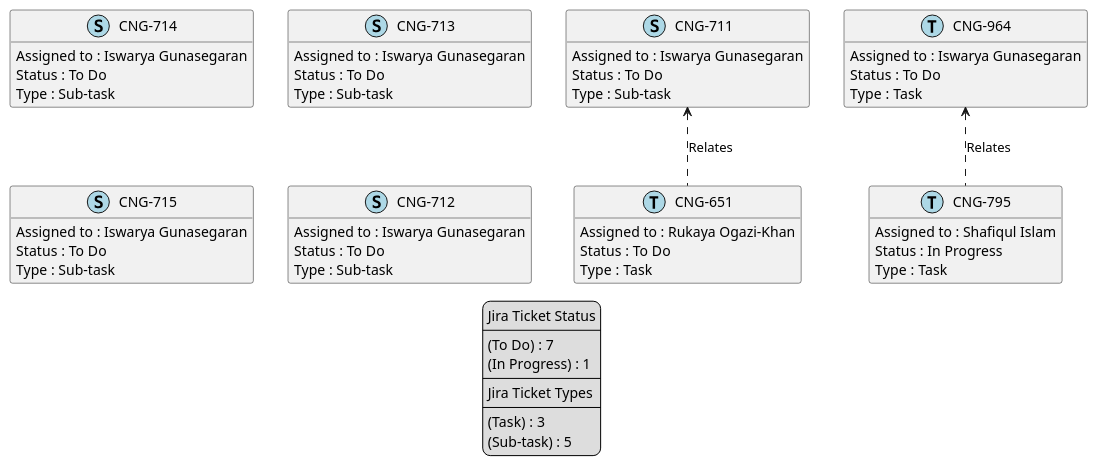
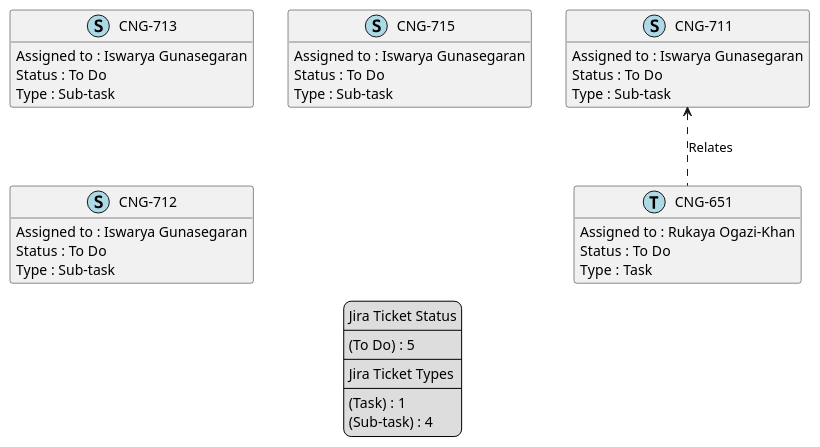
The diagram in temp/jira-Person-Iswarya_Gunasegaran.puml (brunasti/jiraplotter), drawn with PlantUML before and after one commit. The commit also changed 71 other files, not shown here.

Commit message:
Creates status diagrams

```diff
--- a/temp/jira-Person-Iswarya_Gunasegaran.puml
+++ b/temp/jira-Person-Iswarya_Gunasegaran.puml
@@ -1,78 +1,58 @@
 @startuml
 'https://plantuml.com/class-diagram
 
 ' GENERATE CLASS DIAGRAM ===========
-' Generated at    : Wed Apr 17 17:35:20 CEST 2024
+' Generated at    : Thu Apr 18 10:28:35 CEST 2024
 
 hide empty members
 
 legend
 Jira Ticket Status
 ----
-(To Do) : 7
-(In Progress) : 1
+(To Do) : 5
 ----
 Jira Ticket Types
 ----
-(Task) : 3
-(Sub-task) : 5
+(Task) : 1
+(Sub-task) : 4
 end legend
 
 
 ' Tickets =======
-class "CNG-714" << (S,lightblue) >> {
-  Assigned to : Iswarya Gunasegaran
-  Status : To Do
-  Type : Sub-task
-}
-
 class "CNG-713" << (S,lightblue) >> {
   Assigned to : Iswarya Gunasegaran
   Status : To Do
   Type : Sub-task
 }
 
 class "CNG-715" << (S,lightblue) >> {
   Assigned to : Iswarya Gunasegaran
   Status : To Do
   Type : Sub-task
 }
 
 class "CNG-651" << (T,lightblue) >> {
   Assigned to : Rukaya Ogazi-Khan
   Status : To Do
   Type : Task
 }
 
-class "CNG-795" << (T,lightblue) >> {
-  Assigned to : Shafiqul Islam
-  Status : In Progress
-  Type : Task
-}
-
 class "CNG-712" << (S,lightblue) >> {
   Assigned to : Iswarya Gunasegaran
   Status : To Do
   Type : Sub-task
 }
 
 class "CNG-711" << (S,lightblue) >> {
   Assigned to : Iswarya Gunasegaran
   Status : To Do
   Type : Sub-task
 }
 
-class "CNG-964" << (T,lightblue) >> {
-  Assigned to : Iswarya Gunasegaran
-  Status : To Do
-  Type : Task
-}
-
 
 
 ' Links =======
 "CNG-711" <.. "CNG-651" : Relates
-"CNG-964" <.. "CNG-795" : Relates
 
 
 @enduml
```
